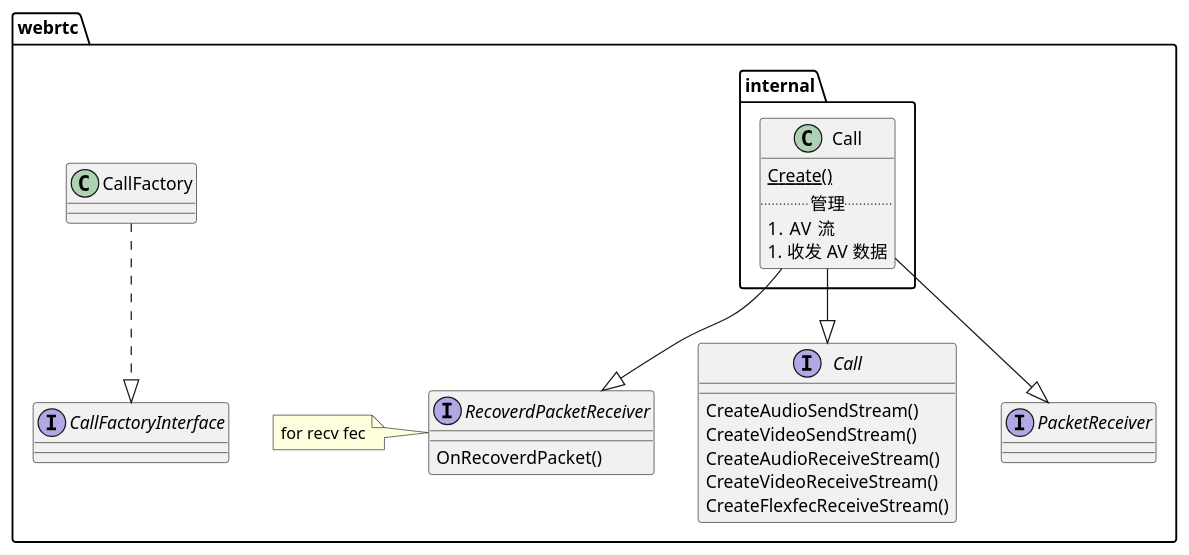
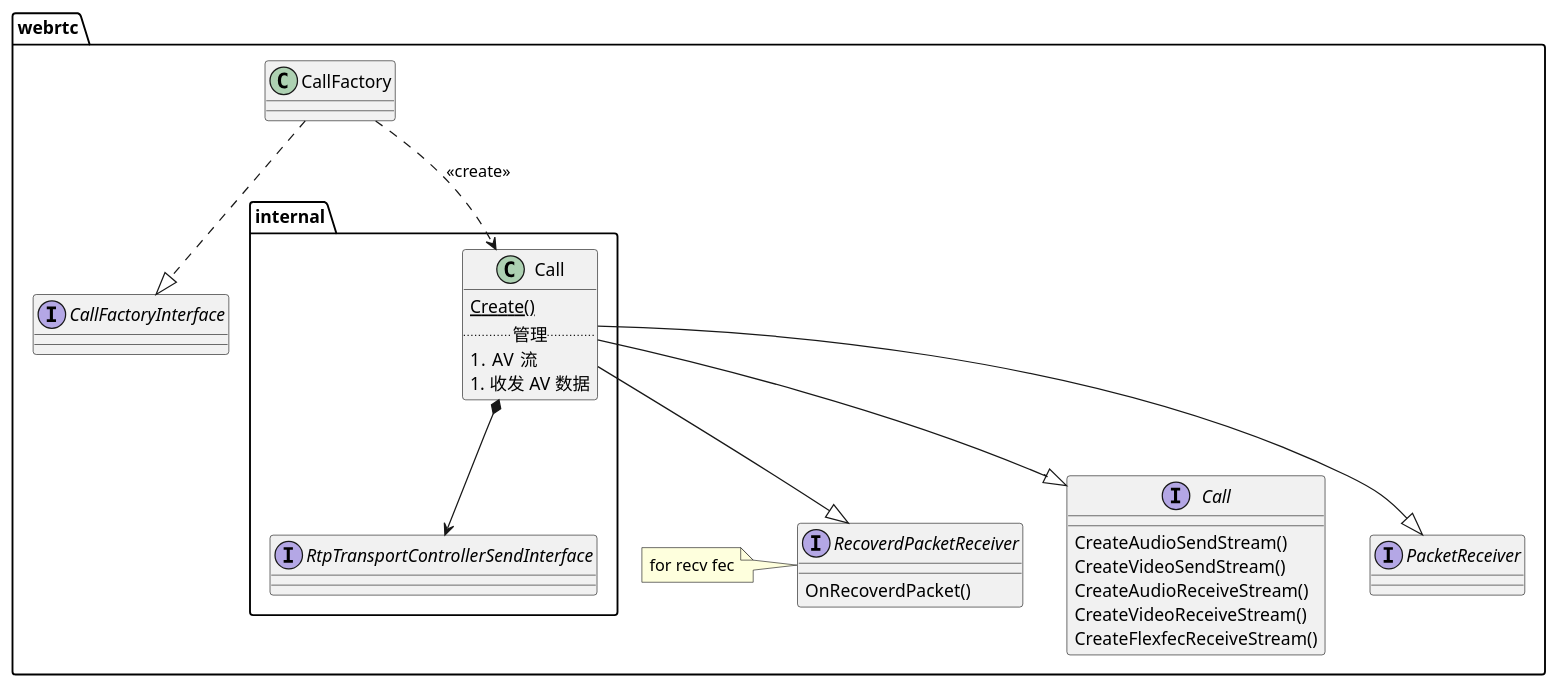
The first of 3 diagrams in webrtc_chrome/call.md (mingxin505/webrtcNote), drawn with PlantUML before and after one commit. The commit also changed other lines of this file and 7 other files, not shown here.

````diff
--- a/webrtc_chrome/call.md
+++ b/webrtc_chrome/call.md
@@ -2,30 +2,32 @@
 ```plantuml
 namespace webrtc {
     interface CallFactoryInterface
-    class CallFactory
+    CallFactory ..> internal.Call : <<create>>
     CallFactory ..|> CallFactoryInterface
     interface Call {
         CreateAudioSendStream()
         CreateVideoSendStream()
         CreateAudioReceiveStream()
         CreateVideoReceiveStream()
         CreateFlexfecReceiveStream()
     }
     interface PacketReceiver
     interface RecoverdPacketReceiver {
         OnRecoverdPacket()
     }
     note left: for recv fec
     namespace internal {
+        interface RtpTransportControllerSendInterface
         class Call {
             {static} Create()
             ..管理..
             1.  AV 流
             1. 收发 AV 数据
         }
+        Call *--> RtpTransportControllerSendInterface
         Call --|> webrtc.Call
         Call --|> webrtc.PacketReceiver
         Call --|> webrtc.RecoverdPacketReceiver
     }
 }
 ```
````
